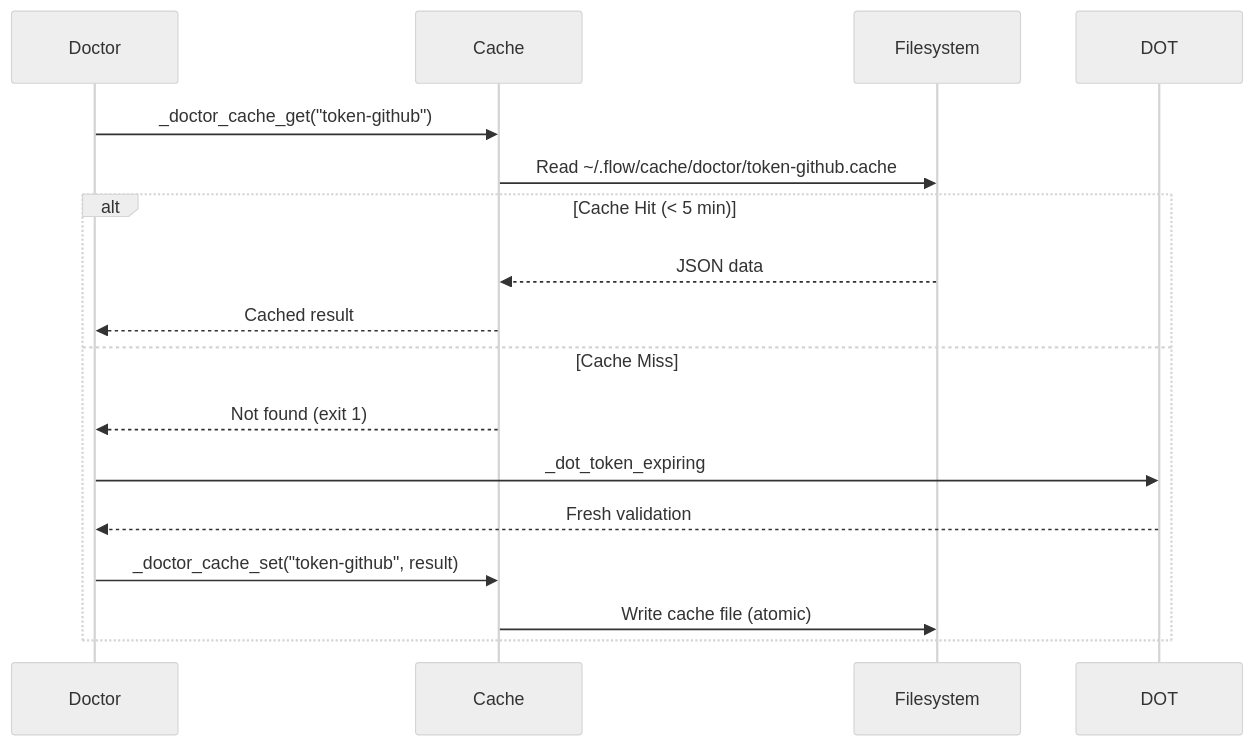
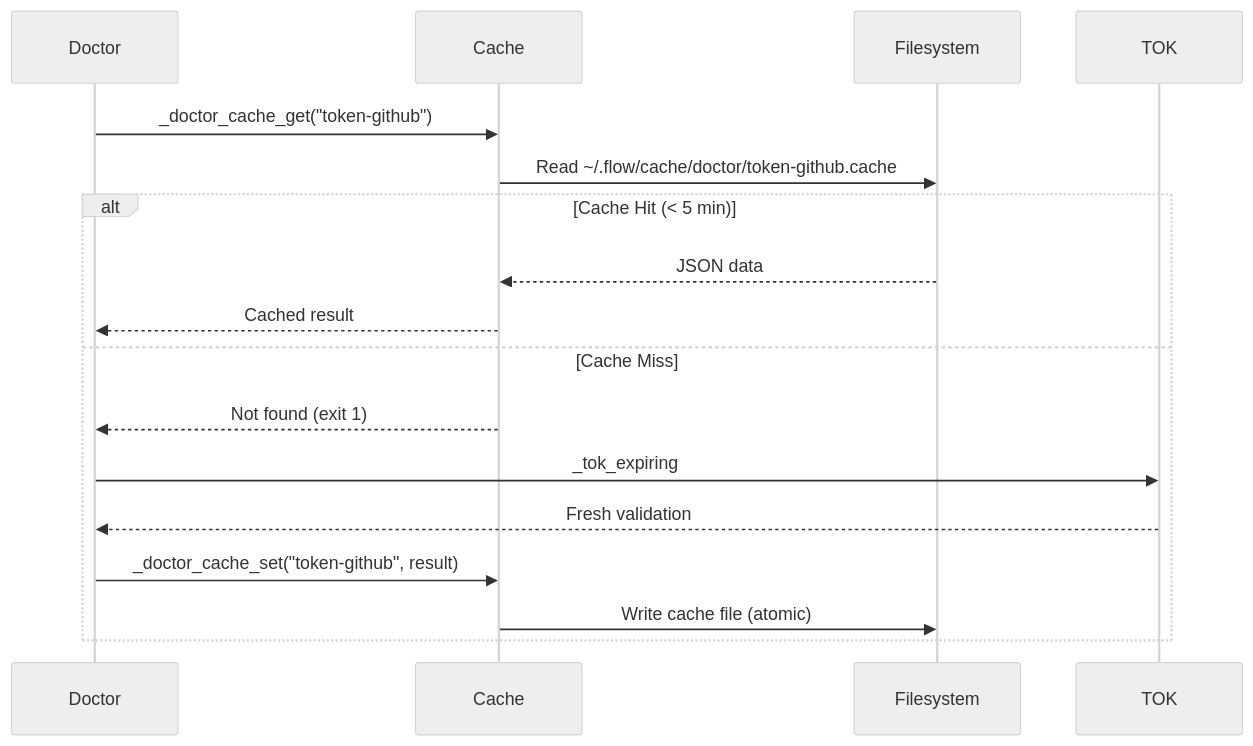
One commit to Data-Wise/flow-cli changed the second of 5 diagrams in docs/architecture/DOCTOR-TOKEN-ARCHITECTURE.md. Above: the diagram before and after it, drawn with Mermaid (neutral theme). The commit also changed other lines of this file and 91 other files, not shown here.

First line of the commit message:
feat: split dot dispatcher into dots, sec, tok (#381)

````diff
--- a/docs/architecture/DOCTOR-TOKEN-ARCHITECTURE.md
+++ b/docs/architecture/DOCTOR-TOKEN-ARCHITECTURE.md
@@ -143,21 +143,21 @@
 ```mermaid
 sequenceDiagram
     participant Doctor
     participant Cache
     participant Filesystem
-    participant DOT
+    participant TOK
 
     Doctor->>Cache: _doctor_cache_get("token-github")
     Cache->>Filesystem: Read ~/.flow/cache/doctor/token-github.cache
 
     alt Cache Hit (< 5 min)
         Filesystem-->>Cache: JSON data
         Cache-->>Doctor: Cached result
     else Cache Miss
         Cache-->>Doctor: Not found (exit 1)
-        Doctor->>DOT: _dot_token_expiring
-        DOT-->>Doctor: Fresh validation
+        Doctor->>TOK: _tok_expiring
+        TOK-->>Doctor: Fresh validation
         Doctor->>Cache: _doctor_cache_set("token-github", result)
         Cache->>Filesystem: Write cache file (atomic)
     end
 ```
````
